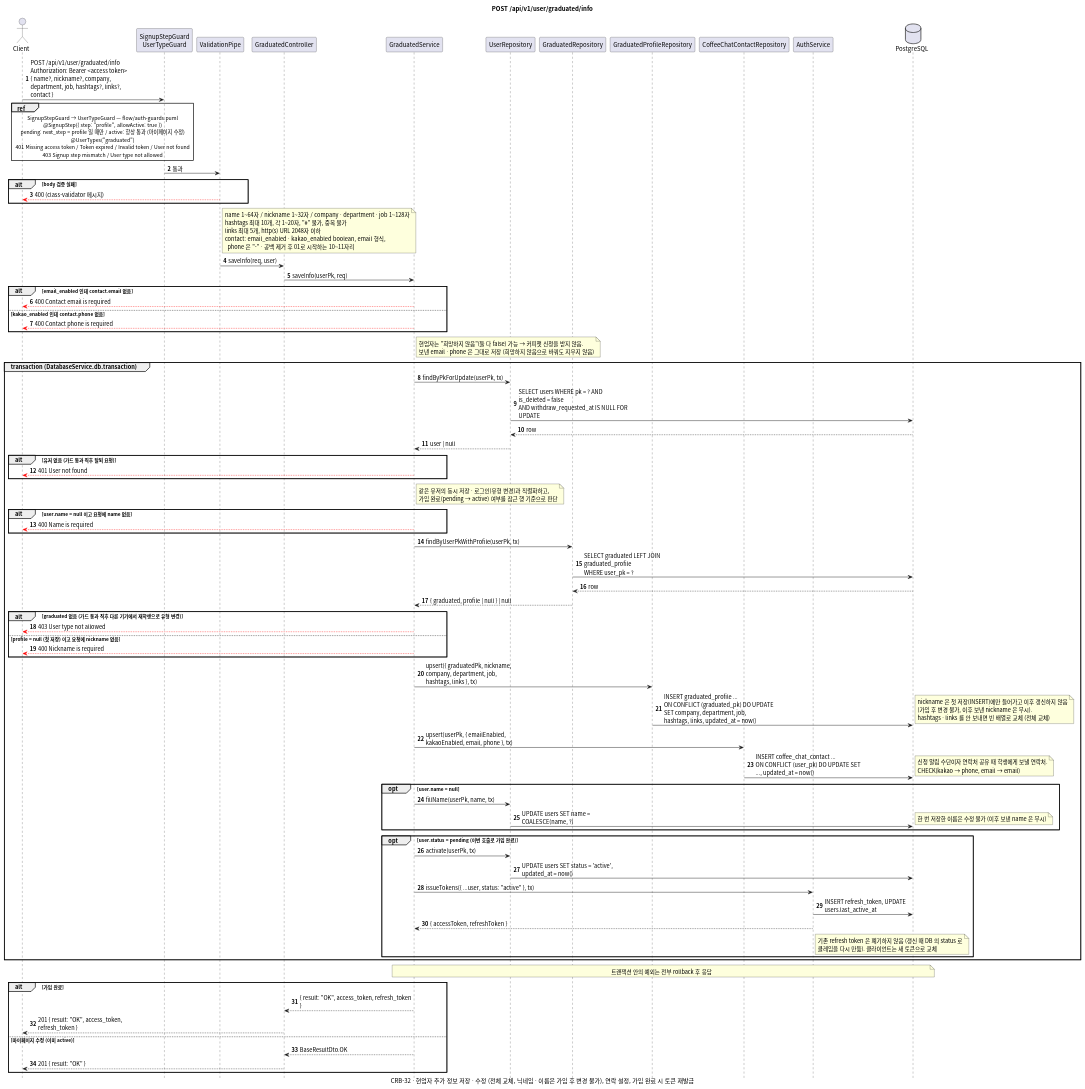
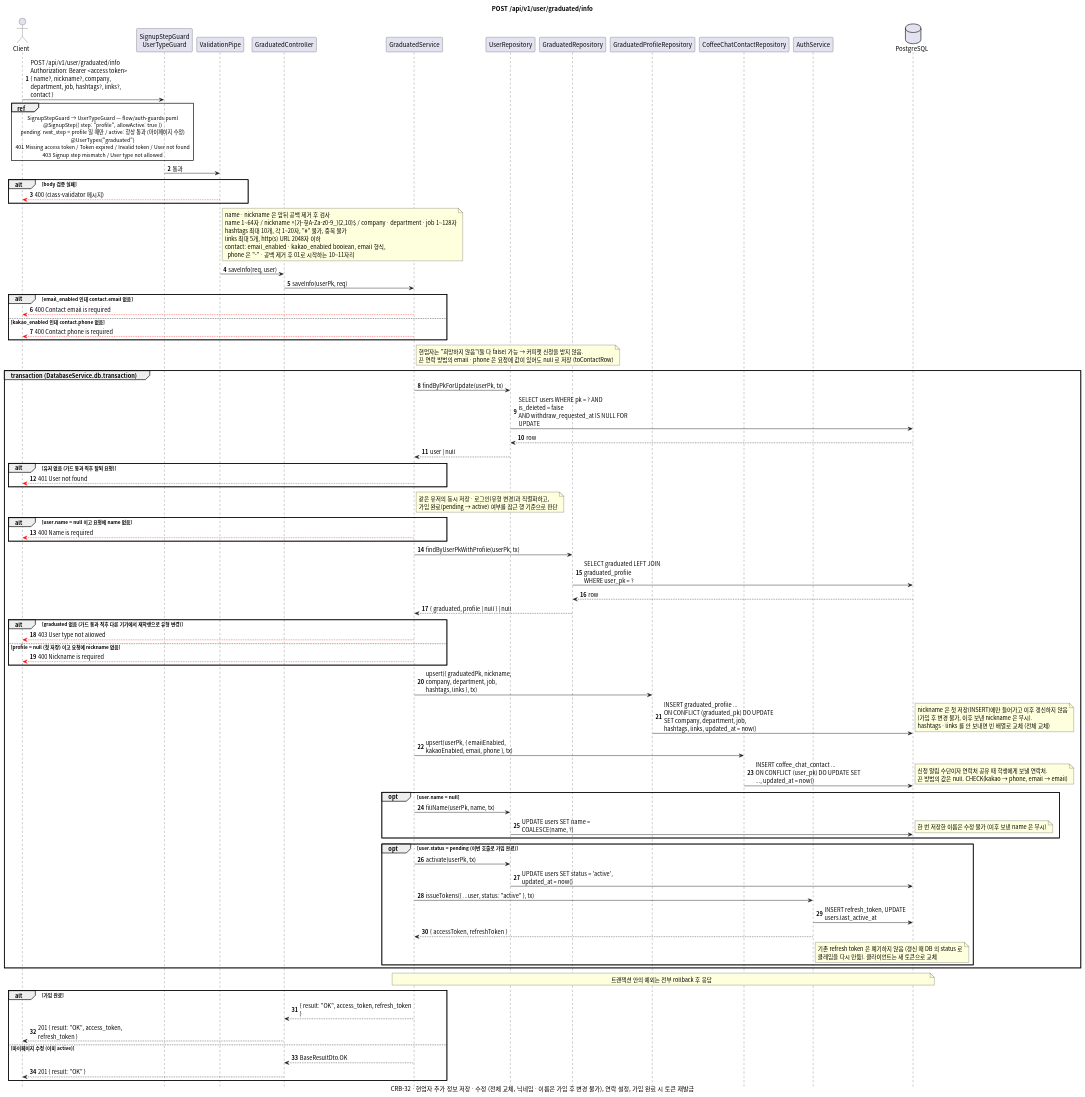
One commit to gsainfoteam/cheers-be changed the diagram in docs/sequence/graduated/post-info.puml. Above: the diagram before and after it, drawn with PlantUML. The commit also changed 6 other files, not shown here.

Commit message:
- feat: clear disabled contact values and validate name and nickname

```diff
--- a/docs/sequence/graduated/post-info.puml
+++ b/docs/sequence/graduated/post-info.puml
@@ -1,125 +1,126 @@
 @startuml post-info
 skinparam defaultFontName "Apple SD Gothic Neo", "Noto Sans CJK KR", sans-serif
 skinparam responseMessageBelowArrow true
 skinparam sequenceMessageAlign left
 skinparam maxMessageSize 260
 skinparam BoxPadding 8
 skinparam shadowing false
 autonumber
 hide footbox
 
 title POST /api/v1/user/graduated/info
 caption CRB-32 · 현업자 추가 정보 저장 · 수정 (전체 교체, 닉네임 · 이름은 가입 후 변경 불가), 연락 설정, 가입 완료 시 토큰 재발급
 
 actor Client
 participant "SignupStepGuard\nUserTypeGuard" as Guard
 participant "ValidationPipe" as Pipe
 participant "GraduatedController" as Controller
 participant "GraduatedService" as Service
 participant "UserRepository" as UserRepository
 participant "GraduatedRepository" as GraduatedRepository
 participant "GraduatedProfileRepository" as ProfileRepository
 participant "CoffeeChatContactRepository" as ContactRepository
 participant "AuthService" as AuthService
 database PostgreSQL
 
 Client -> Guard: POST /api/v1/user/graduated/info\nAuthorization: Bearer <access token>\n{ name?, nickname?, company, department, job, hashtags?, links?, contact }
 ref over Client, Guard
   SignupStepGuard → UserTypeGuard — flow/auth-guards.puml
   @SignupStep({ step: "profile", allowActive: true })
   pending: next_step = profile 일 때만 / active: 항상 통과 (마이페이지 수정)
   @UserTypes("graduated")
   401 Missing access token / Token expired / Invalid token / User not found
   403 Signup step mismatch / User type not allowed
 end ref
 Guard -> Pipe: 통과
 alt body 검증 실패
   Pipe -[#red]-> Client: 400 (class-validator 메시지)
 end
 note right of Pipe
-  name 1~64자 / nickname 1~32자 / company · department · job 1~128자
+  name · nickname 은 앞뒤 공백 제거 후 검사
+  name 1~64자 / nickname ^[가-힣A-Za-z0-9_]{2,10}$ / company · department · job 1~128자
   hashtags 최대 10개, 각 1~20자, "#" 불가, 중복 불가
   links 최대 5개, http(s) URL 2048자 이하
   contact: email_enabled · kakao_enabled boolean, email 형식,
     phone 은 "-" · 공백 제거 후 01로 시작하는 10~11자리
 end note
 Pipe -> Controller: saveInfo(req, user)
 Controller -> Service: saveInfo(userPk, req)
 
 alt email_enabled 인데 contact.email 없음
   Service -[#red]-> Client: 400 Contact email is required
 else kakao_enabled 인데 contact.phone 없음
   Service -[#red]-> Client: 400 Contact phone is required
 end
 note right of Service
   현업자는 "희망하지 않음"(둘 다 false) 가능 → 커피챗 신청을 받지 않음.
-  보낸 email · phone 은 그대로 저장 (희망하지 않음으로 바꿔도 지우지 않음)
+  끈 연락 방법의 email · phone 은 요청에 값이 있어도 null 로 저장 (toContactRow)
 end note
 
 group transaction (DatabaseService.db.transaction)
   Service -> UserRepository: findByPkForUpdate(userPk, tx)
   UserRepository -> PostgreSQL: SELECT users WHERE pk = ? AND is_deleted = false\nAND withdraw_requested_at IS NULL FOR UPDATE
   PostgreSQL --> UserRepository: row
   UserRepository --> Service: user | null
   alt 유저 없음 (가드 통과 직후 탈퇴 요청)
     Service -[#red]-> Client: 401 User not found
   end
   note right of Service
     같은 유저의 동시 저장 · 로그인(유형 변경)과 직렬화하고,
     가입 완료(pending → active) 여부를 잠근 행 기준으로 판단
   end note
   alt user.name = null 이고 요청에 name 없음
     Service -[#red]-> Client: 400 Name is required
   end
 
   Service -> GraduatedRepository: findByUserPkWithProfile(userPk, tx)
   GraduatedRepository -> PostgreSQL: SELECT graduated LEFT JOIN graduated_profile\nWHERE user_pk = ?
   PostgreSQL --> GraduatedRepository: row
   GraduatedRepository --> Service: { graduated, profile | null } | null
   alt graduated 없음 (가드 통과 직후 다른 기기에서 재학생으로 유형 변경)
     Service -[#red]-> Client: 403 User type not allowed
   else profile = null (첫 저장) 이고 요청에 nickname 없음
     Service -[#red]-> Client: 400 Nickname is required
   end
 
   Service -> ProfileRepository: upsert({ graduatedPk, nickname, company, department, job,\nhashtags, links }, tx)
   ProfileRepository -> PostgreSQL: INSERT graduated_profile ...\nON CONFLICT (graduated_pk) DO UPDATE SET company, department, job,\nhashtags, links, updated_at = now()
   note right
     nickname 은 첫 저장(INSERT)에만 들어가고 이후 갱신하지 않음
     (가입 후 변경 불가, 이후 보낸 nickname 은 무시).
     hashtags · links 를 안 보내면 빈 배열로 교체 (전체 교체)
   end note
 
   Service -> ContactRepository: upsert(userPk, { emailEnabled, kakaoEnabled, email, phone }, tx)
   ContactRepository -> PostgreSQL: INSERT coffee_chat_contact ...\nON CONFLICT (user_pk) DO UPDATE SET ..., updated_at = now()
-  note right: 신청 알림 수단이자 연락처 공유 때 학생에게 보낼 연락처.\nCHECK(kakao → phone, email → email)
+  note right: 신청 알림 수단이자 연락처 공유 때 학생에게 보낼 연락처.\n끈 방법의 값은 null. CHECK(kakao → phone, email → email)
 
   opt user.name = null
     Service -> UserRepository: fillName(userPk, name, tx)
     UserRepository -> PostgreSQL: UPDATE users SET name = COALESCE(name, ?)
     note right: 한 번 저장한 이름은 수정 불가 (이후 보낸 name 은 무시)
   end
 
   opt user.status = pending (이번 호출로 가입 완료)
     Service -> UserRepository: activate(userPk, tx)
     UserRepository -> PostgreSQL: UPDATE users SET status = 'active', updated_at = now()
     Service -> AuthService: issueTokens({ ...user, status: "active" }, tx)
     AuthService -> PostgreSQL: INSERT refresh_token, UPDATE users.last_active_at
     AuthService --> Service: { accessToken, refreshToken }
     note right of AuthService
       기존 refresh token 은 폐기하지 않음 (갱신 때 DB 의 status 로
       클레임을 다시 만듦). 클라이언트는 새 토큰으로 교체
     end note
   end
 end
 note over Service, PostgreSQL: 트랜잭션 안의 예외는 전부 rollback 후 응답
 
 alt 가입 완료
   Service --> Controller: { result: "OK", access_token, refresh_token }
   Controller --> Client: 201 { result: "OK", access_token, refresh_token }
 else 마이페이지 수정 (이미 active)
   Service --> Controller: BaseResultDto.OK
   Controller --> Client: 201 { result: "OK" }
 end
 
 @enduml
```
